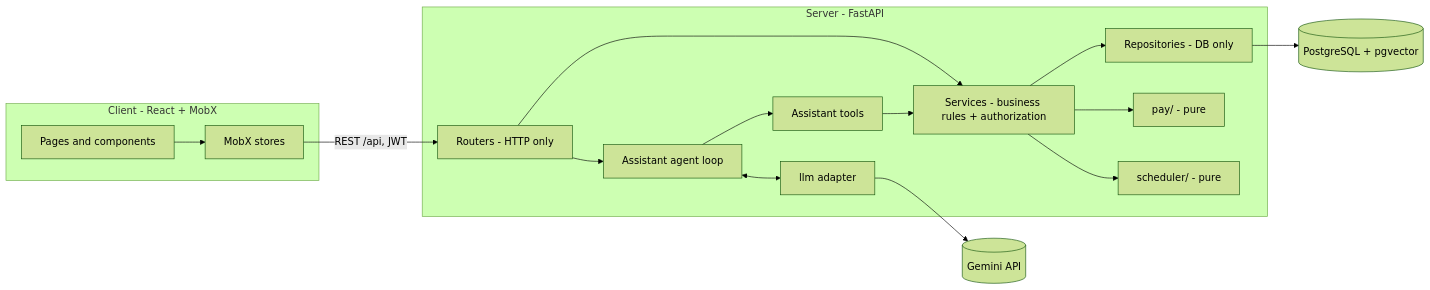
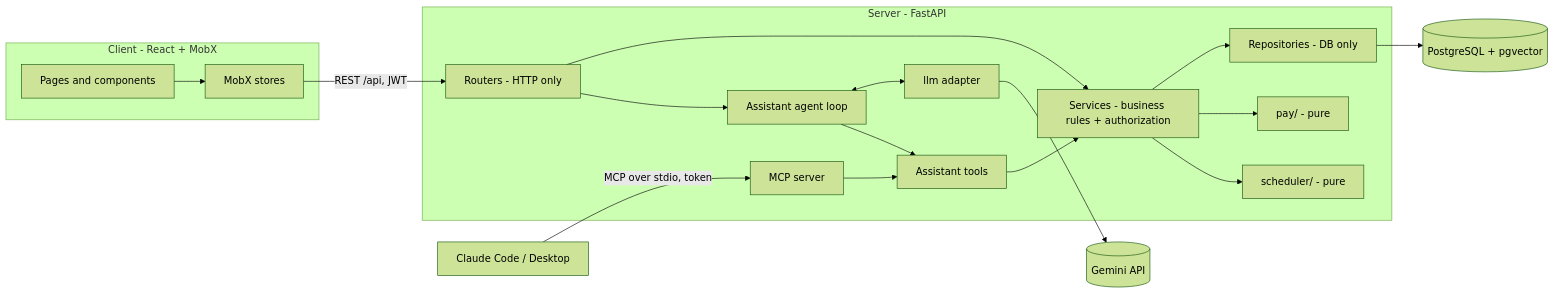
Before and after one commit to Yosef-Perelman/Shibutzim: the diagram in docs/architecture.md, drawn with Mermaid (forest theme). The commit also changed other lines of this file and 6 other files, not shown here.

First line of the commit message:
docs: product, architecture, design system, glossary, env and commands for plan 005

````diff
--- a/docs/architecture.md
+++ b/docs/architecture.md
@@ -20,32 +21,35 @@
 ```mermaid
 flowchart LR
   subgraph client [Client - React + MobX]
     UI[Pages and components]
     Stores[MobX stores]
     UI --> Stores
   end
 
   Stores -->|REST /api, JWT| Routers
+  Claude[Claude Code / Desktop] -->|MCP over stdio, token| MCP
 
   subgraph server [Server - FastAPI]
     Routers[Routers - HTTP only]
     Services[Services - business rules + authorization]
     Repos[Repositories - DB only]
     Pay[pay/ - pure]
     Sched[scheduler/ - pure]
     Agent[Assistant agent loop]
     Tools[Assistant tools]
+    MCP[MCP server]
     LLM[llm adapter]
     Routers --> Services
     Services --> Repos
     Services --> Pay
     Services --> Sched
     Routers --> Agent
     Agent <--> LLM
     Agent --> Tools
+    MCP --> Tools
     Tools --> Services
   end
 
   Repos --> DB[(PostgreSQL + pgvector)]
   LLM --> Gemini[(Gemini API)]
 ```
````
